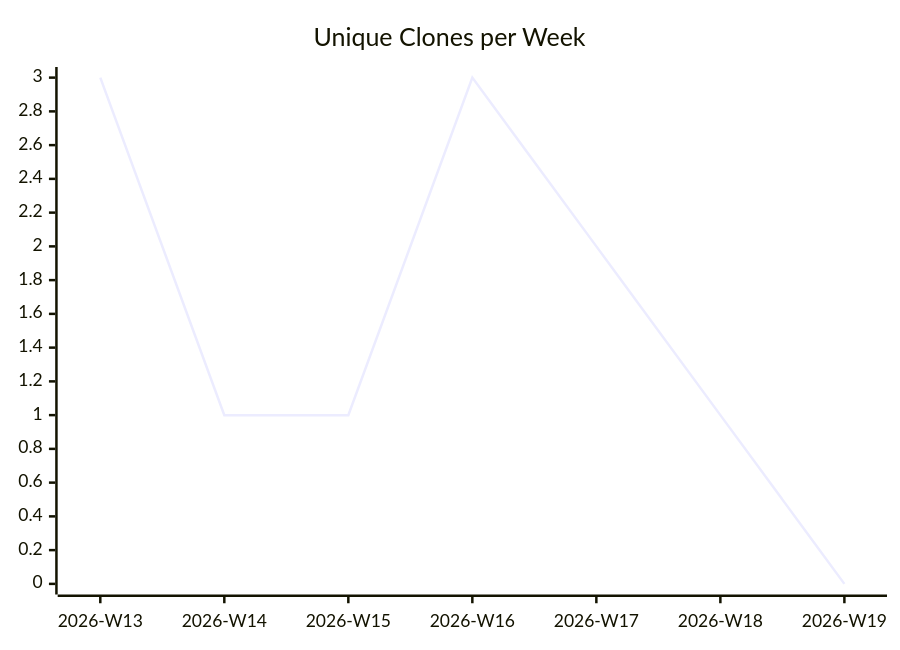
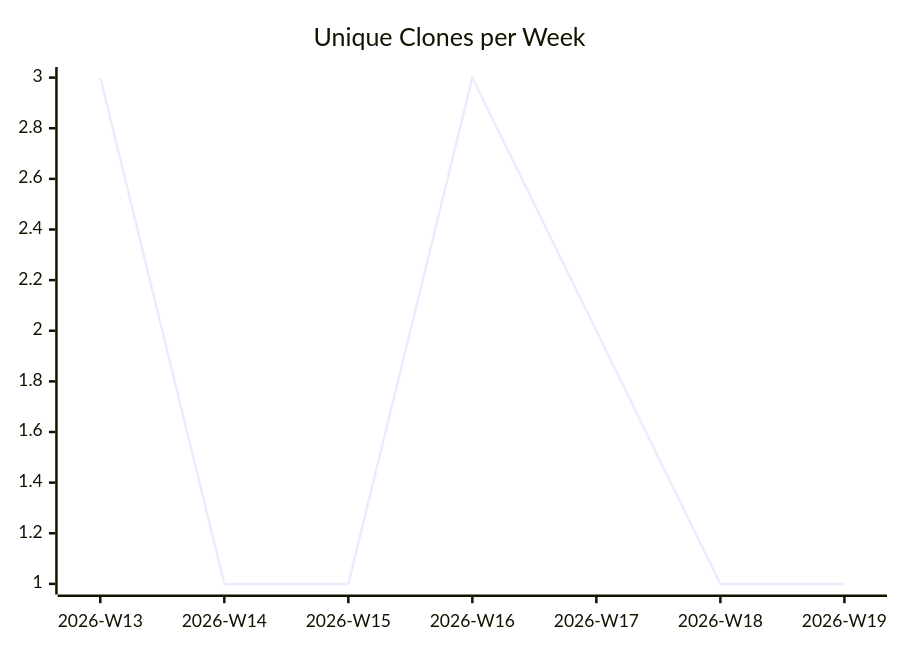
Before and after one commit to justdavis-family/github-analytics-data: the third of 3 diagrams in karlmdavis/test-repo-for-move/README.md, drawn with Mermaid. The commit also changed other lines of this file and 177 other files, not shown here.

````diff
--- a/karlmdavis/test-repo-for-move/README.md
+++ b/karlmdavis/test-repo-for-move/README.md
@@ -19,6 +19,6 @@
 ```mermaid
 xychart-beta
   title "Unique Clones per Week"
   x-axis ["2026-W13", "2026-W14", "2026-W15", "2026-W16", "2026-W17", "2026-W18", "2026-W19"]
-  line [3, 1, 1, 3, 2, 1, 0]
+  line [3, 1, 1, 3, 2, 1, 1]
 ```
````
